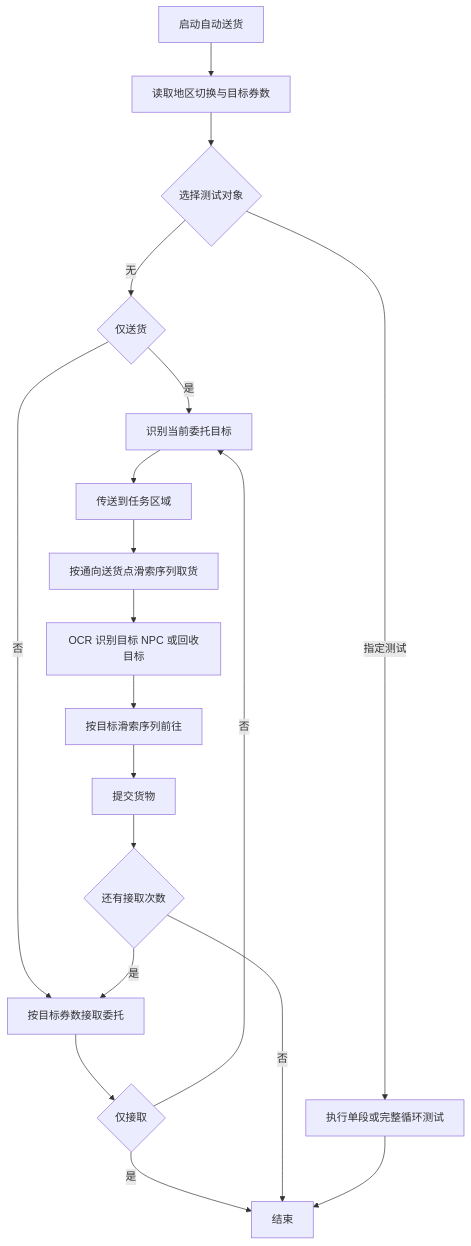
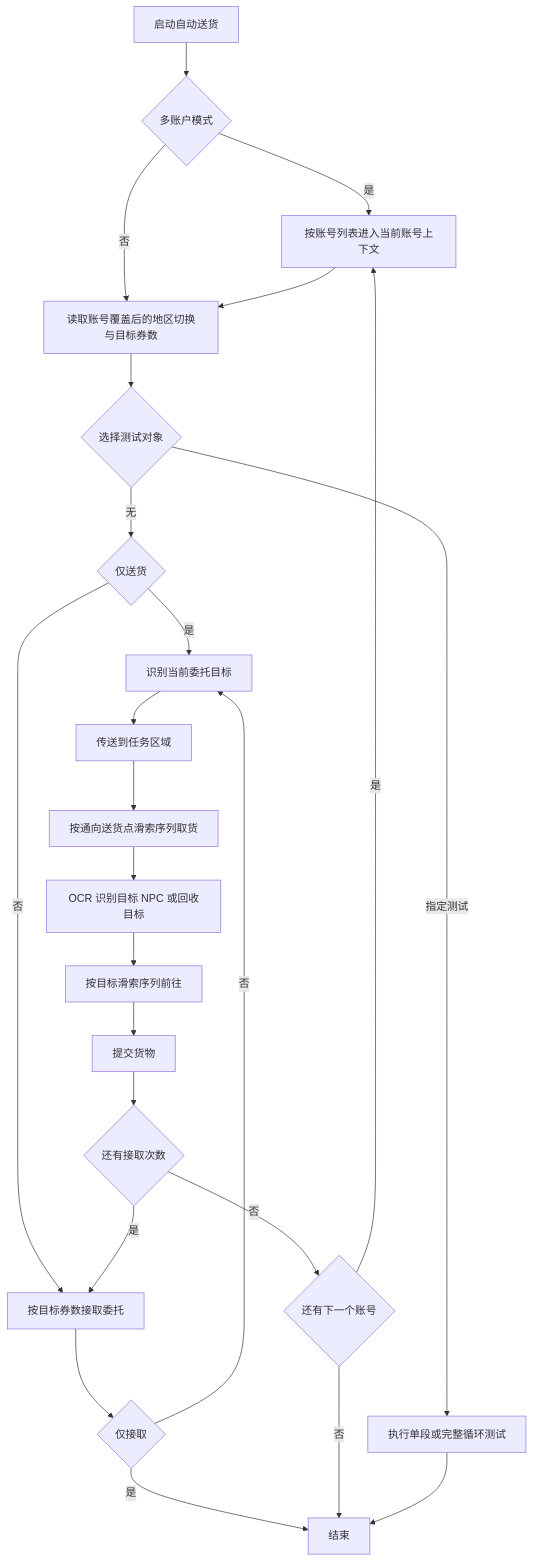
One commit to AliceJump/ok-end-field changed the diagram in docs/自动送货.md. Above: the diagram before and after it, drawn with Mermaid. The commit also changed other lines of this file and 7 other files, not shown here.

````diff
--- a/docs/自动送货.md
+++ b/docs/自动送货.md
@@ -50,21 +60,26 @@
 ```mermaid
 flowchart TD
-    A[启动自动送货] --> B[读取地区切换与目标券数]
+    A[启动自动送货] --> A1{多账户模式}
+    A1 -->|是| A2[按账号列表进入当前账号上下文]
+    A1 -->|否| B[使用当前账号配置]
+    A2 --> B[读取账号覆盖后的地区切换与目标券数]
     B --> C{选择测试对象}
     C -->|指定测试| D[执行单段或完整循环测试]
     C -->|无| E{仅送货}
     E -->|是| H[识别当前委托目标]
     E -->|否| F[按目标券数接取委托]
     F --> G{仅接取}
     G -->|是| Z[结束]
     G -->|否| H
     H --> I[传送到任务区域]
     I --> J[按通向送货点滑索序列取货]
     J --> K[OCR 识别目标 NPC 或回收目标]
     K --> L[按目标滑索序列前往]
     L --> M[提交货物]
     M --> N{还有接取次数}
     N -->|是| F
-    N -->|否| Z
+    N -->|否| A3{还有下一个账号}
+    A3 -->|是| A2
+    A3 -->|否| Z
     D --> Z
 ```
````
